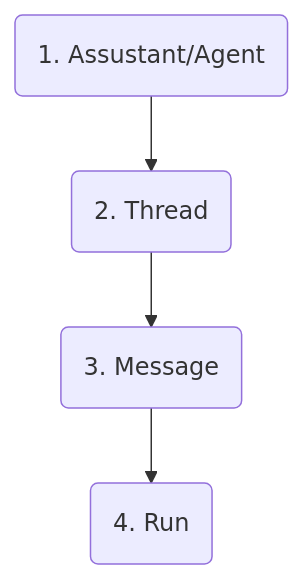
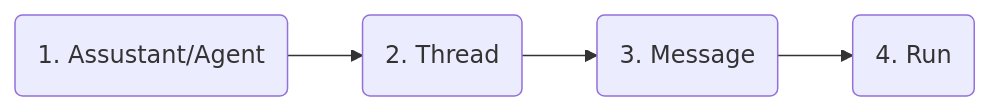
The diagram in README.md (LiteObject/demo-openai-api), drawn with Mermaid before and after one commit.

Commit message:
Update diagram

````diff
--- a/README.md
+++ b/README.md
@@ -18,9 +18,9 @@
 ```mermaid
-flowchart TB
+flowchart LR
 
 A(1. Assustant/Agent)
 --> T(2. Thread)
 --> M(3. Message)
 --> R(4. Run)
 
 ```
````
